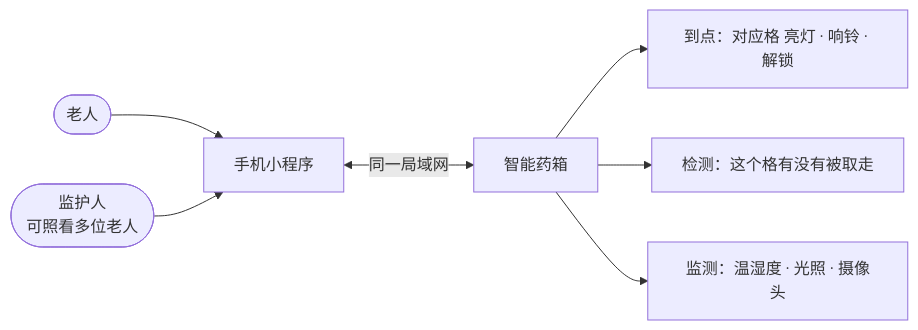
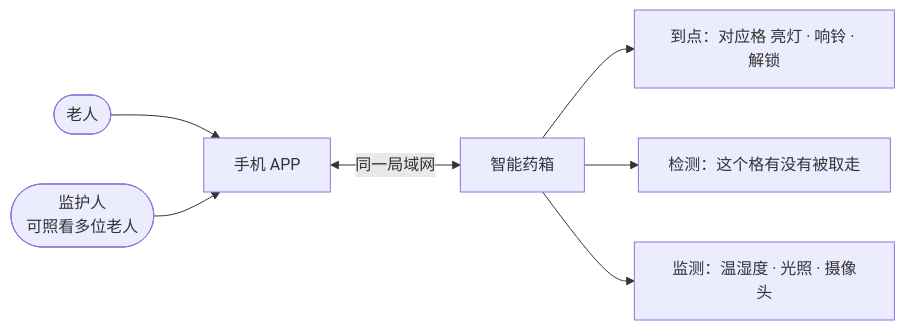
Before and after one commit to Louisyoung7/medbox: the first of 5 diagrams in docs/产品使用说明.md, drawn with Mermaid. The commit also changed other lines of this file and 28 other files, not shown here.

````diff
--- a/docs/产品使用说明.md
+++ b/docs/产品使用说明.md
@@ -14,9 +14,9 @@
 ```mermaid
 flowchart LR
-  E(["老人"]) --> APP["手机小程序"]
+  E(["老人"]) --> APP["手机 APP"]
   G(["监护人<br/>可照看多位老人"]) --> APP
   APP <-->|"同一局域网"| BOX["智能药箱"]
   BOX --> A1["到点：对应格 亮灯 · 响铃 · 解锁"]
   BOX --> A2["检测：这个格有没有被取走"]
   BOX --> A3["监测：温湿度 · 光照 · 摄像头"]
 ```
````
